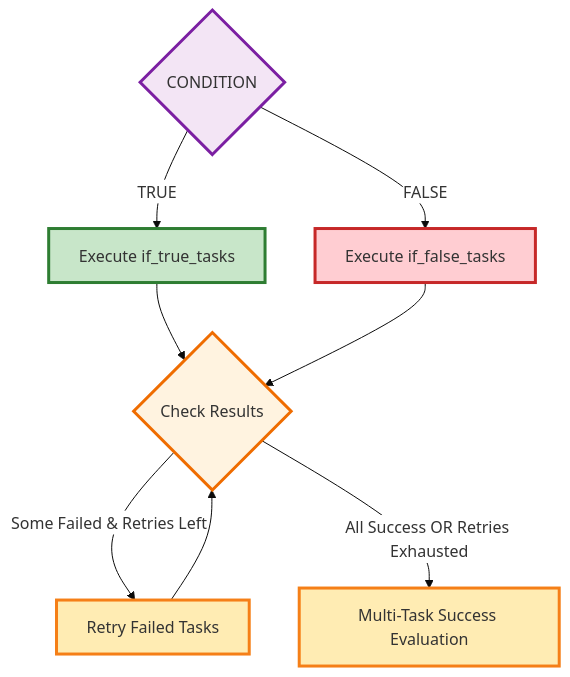
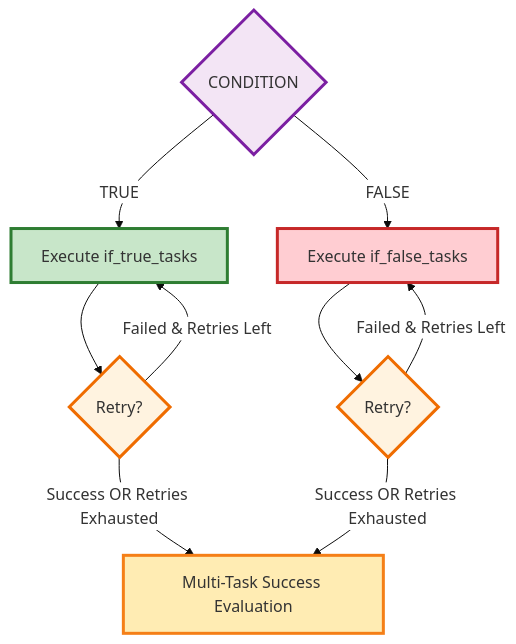
The ninth of 14 diagrams in TaskER_FlowChart.md (bastelbude1/Tasker), drawn with Mermaid before and after one commit.

Commit message:
Simplify: Optimize Conditional Block with Retry graph for clarity
- Applied same optimization as Parallel Block with Retry
- Changed from complex centralized retry logic to individual branch retry checks
- Now matches Conditional Block structure: A → B,C → individual retry checks → F
- Each branch (if_true_tasks, if_false_tasks) has its own retry decision node
- Failed branches loop back to themselves for retry attempts
- Successful or exhausted branches proceed to Multi-Task Success Evaluation
- Consistent with optimized Parallel Block with Retry approach

🤖 Generated with [Claude Code](https://claude.ai/code)

````diff
--- a/TaskER_FlowChart.md
+++ b/TaskER_FlowChart.md
@@ -433,18 +433,19 @@
 ```mermaid
 %%{init: {'theme':'base', 'themeVariables': {'primaryColor':'#ffffff'}}}%%
 flowchart TD
     A{CONDITION} -->|TRUE| B[Execute if_true_tasks]
     A -->|FALSE| C[Execute if_false_tasks]
-    B --> D{Check Results}
-    C --> D
-    D -->|Some Failed & Retries Left| E[Retry Failed Tasks]
-    E --> D
-    D -->|All Success OR Retries Exhausted| F[Multi-Task Success Evaluation]
+    B --> D{Retry?}
+    C --> E{Retry?}
+    D -->|Failed & Retries Left| B
+    D -->|Success OR Retries Exhausted| F[Multi-Task Success Evaluation]
+    E -->|Failed & Retries Left| C
+    E -->|Success OR Retries Exhausted| F
 
     style A fill:#f3e5f5,stroke:#7b1fa2,stroke-width:3px
     style B fill:#c8e6c9,stroke:#2e7d32,stroke-width:3px
     style C fill:#ffcdd2,stroke:#c62828,stroke-width:3px
     style D fill:#fff3e0,stroke:#ef6c00,stroke-width:3px
-    style E fill:#ffecb3,stroke:#f57f17,stroke-width:3px
+    style E fill:#fff3e0,stroke:#ef6c00,stroke-width:3px
     style F fill:#ffecb3,stroke:#f57f17,stroke-width:3px
 ```
````
